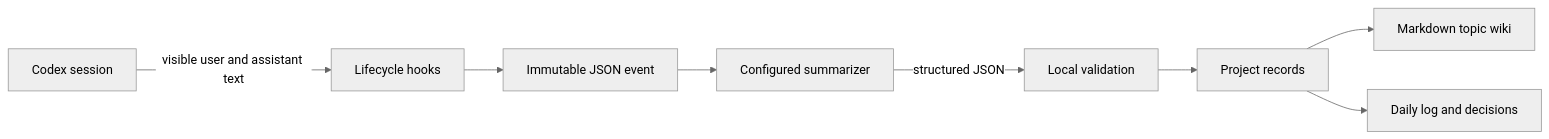
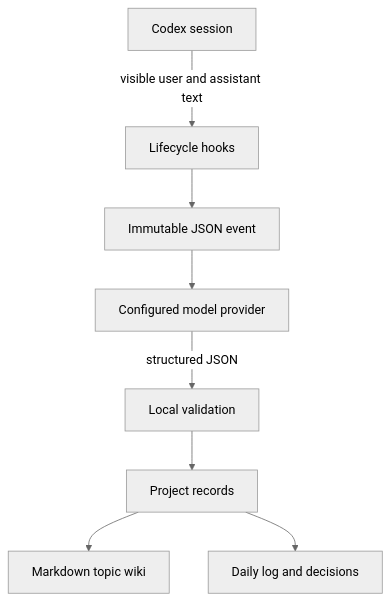
The diagram in README.md (noon49-code/SourceNest), drawn with Mermaid (neutral theme) before and after one commit. The commit also changed other lines of this file and 3 other files, not shown here.

Commit message:
docs: correct storage claims and clarify provider data flow

```diff
--- a/README.md
+++ b/README.md
@@ -22,10 +29,10 @@
 ~~~mermaid
-flowchart LR
+flowchart TD
     A[Codex session] -->|visible user and assistant text| B[Lifecycle hooks]
     B --> C[Immutable JSON event]
-    C --> D[Configured summarizer]
+    C --> D[Configured model provider]
     D -->|structured JSON| E[Local validation]
     E --> F[Project records]
     F --> G[Markdown topic wiki]
     F --> H[Daily log and decisions]
 ~~~
```
